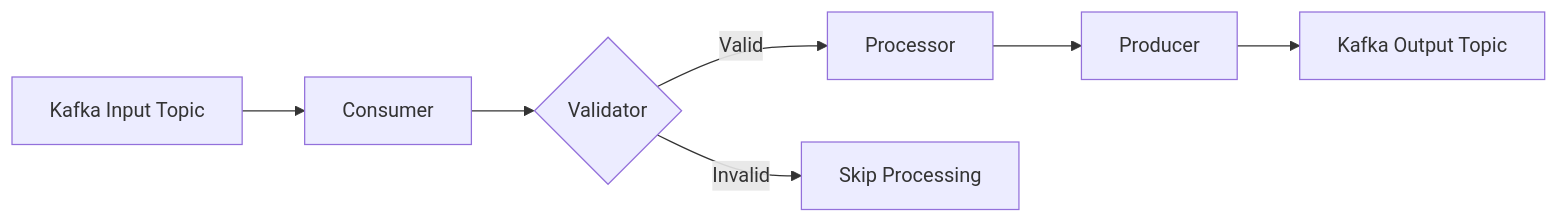
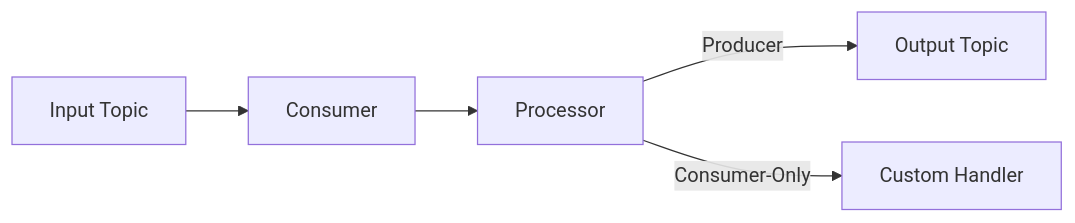
One commit to dorlugasigal/KafkaGenericProcessor.Core changed the diagram in README.md. Above: the diagram before and after it, drawn with Mermaid. The commit also changed other lines of this file and 17 other files, not shown here.

````diff
--- a/README.md
+++ b/README.md
@@ -57,9 +74,7 @@
 ```mermaid
 flowchart LR
-    A[Kafka Input Topic] --> B[Consumer]
-    B --> C{Validator}
-    C -->|Valid| D[Processor]
-    C -->|Invalid| F[Skip Processing]
-    D --> E[Producer]
-    E --> G[Kafka Output Topic]
+  A[Input Topic] --> B[Consumer]
+  B --> C[Processor]
+  C -->|Producer| D[Output Topic]
+  C -->|Consumer-Only| E[Custom Handler]
 ```
````
